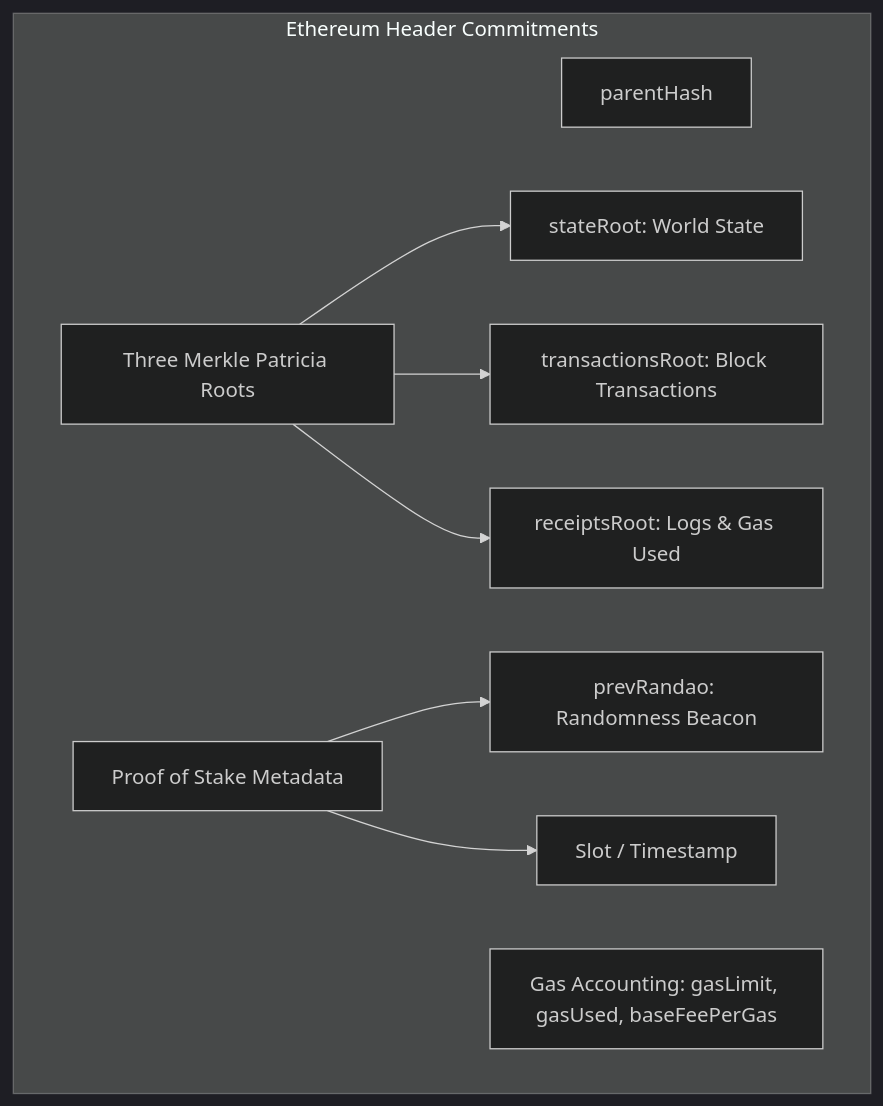
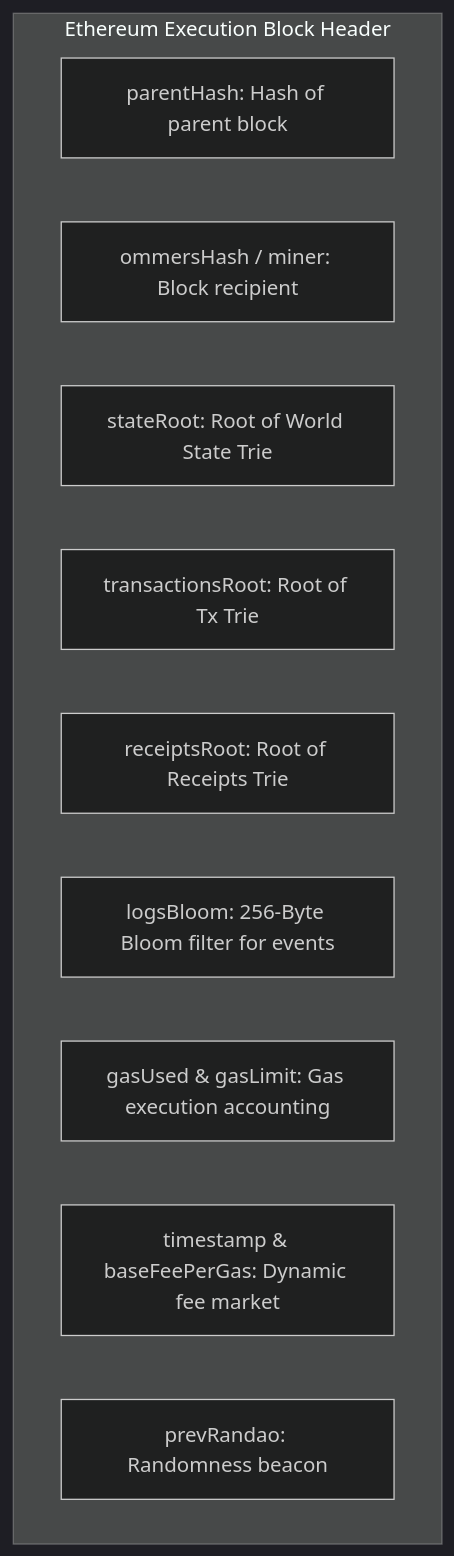
One commit to ub-society/modules changed the sixth of 6 diagrams in docs/learn/fundamentals/02-architecture-and-state/01-block-anatomy-and-headers.md. Above: the diagram before and after it, drawn with Mermaid (dark theme). The commit also changed other lines of this file and 3 other files, not shown here.

````diff
--- a/docs/learn/fundamentals/02-architecture-and-state/01-block-anatomy-and-headers.md
+++ b/docs/learn/fundamentals/02-architecture-and-state/01-block-anatomy-and-headers.md
@@ -64,14 +178,14 @@
 ```mermaid
 flowchart TD
-    subgraph Ethereum Header Commitments
-        Parent[parentHash]
-        Roots[Three Merkle Patricia Roots]
-        Roots --> SR[stateRoot: World State]
-        Roots --> TR[transactionsRoot: Block Transactions]
-        Roots --> RR[receiptsRoot: Logs & Gas Used]
-        PoS[Proof of Stake Metadata]
-        PoS --> PrevRandao[prevRandao: Randomness Beacon]
-        PoS --> Slot[Slot / Timestamp]
-        Gas[Gas Accounting: gasLimit, gasUsed, baseFeePerGas]
+    subgraph Ethereum Execution Block Header
+        P["parentHash: Hash of parent block"]
+        O["ommersHash / miner: Block recipient"]
+        SR["stateRoot: Root of World State Trie"]
+        TR["transactionsRoot: Root of Tx Trie"]
+        RR["receiptsRoot: Root of Receipts Trie"]
+        L["logsBloom: 256-Byte Bloom filter for events"]
+        G["gasUsed & gasLimit: Gas execution accounting"]
+        T["timestamp & baseFeePerGas: Dynamic fee market"]
+        R["prevRandao: Randomness beacon"]
     end
 ```
````
